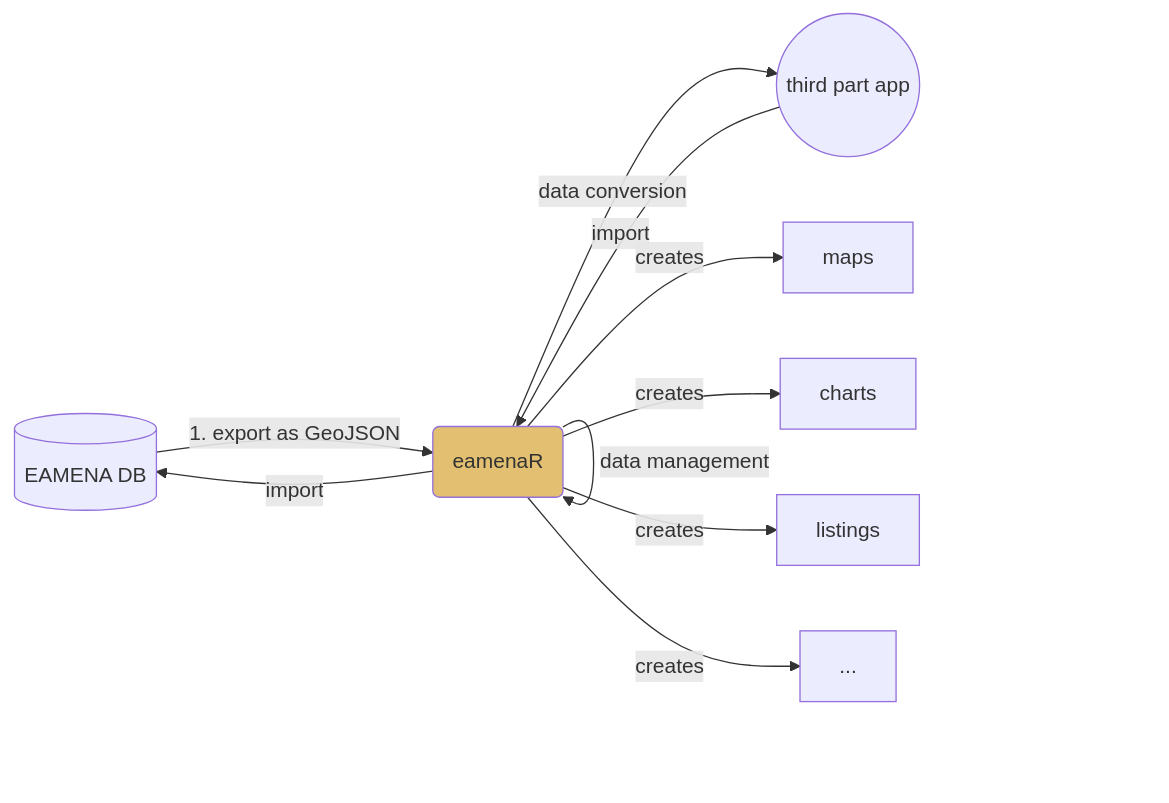
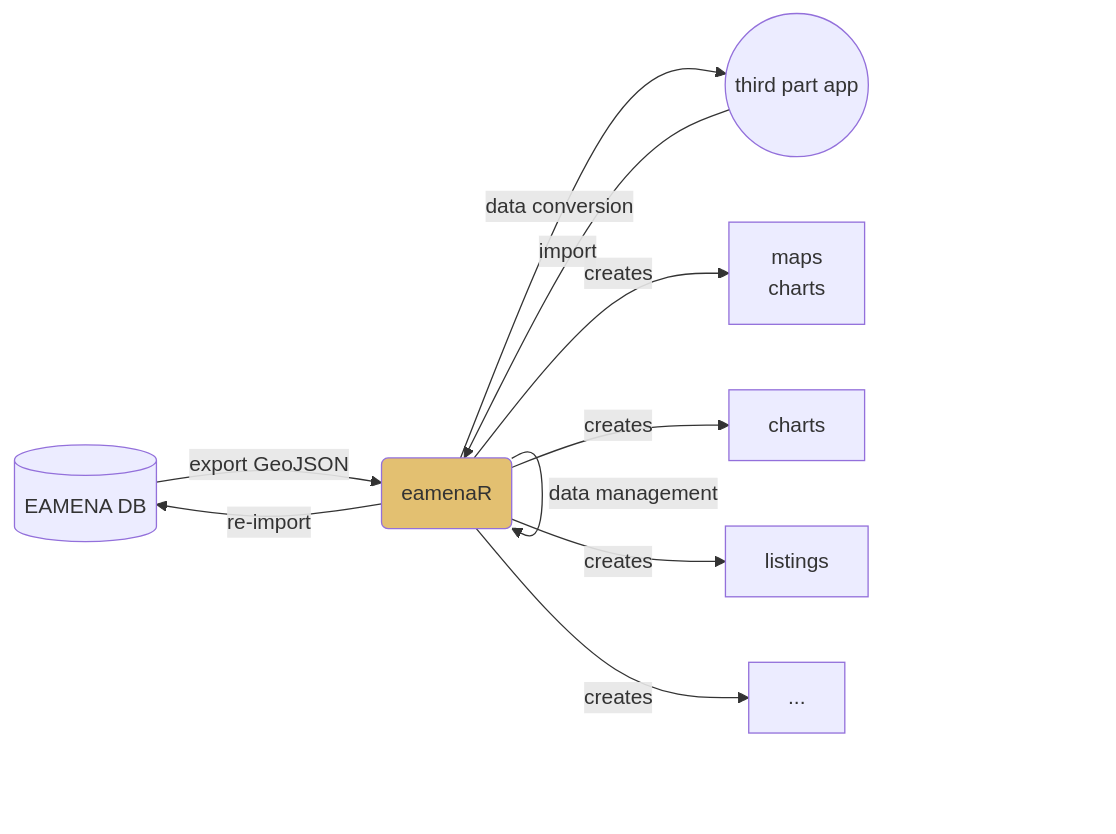
One commit to eamena-project/eamena-arches-dev changed the diagram in data/bulk/temp.md. Above: the diagram before and after it, drawn with Mermaid.

Commit message:
mermaids

````diff
--- a/data/bulk/temp.md
+++ b/data/bulk/temp.md
@@ -3,13 +3,13 @@
 ```mermaid
 flowchart LR
-    A[(EAMENA DB)] --1. export as GeoJSON--> B("eamenaR"):::eamenaRpkg;
+    A[(EAMENA DB)] --export GeoJSON--> B("eamenaR"):::eamenaRpkg;
     B --data management--> B;
     B --data conversion--> C((third part app));
     C --import--> B;
-    B --import--> A;
-    B --creates--> D[maps]
+    B --re-import--> A;
+    B --creates--> D[maps<br>charts]
     B --creates--> E[charts]
     B --creates--> F[listings]
     B --creates--> G[...]
     classDef eamenaRpkg fill:#e3c071;
 ```
````
